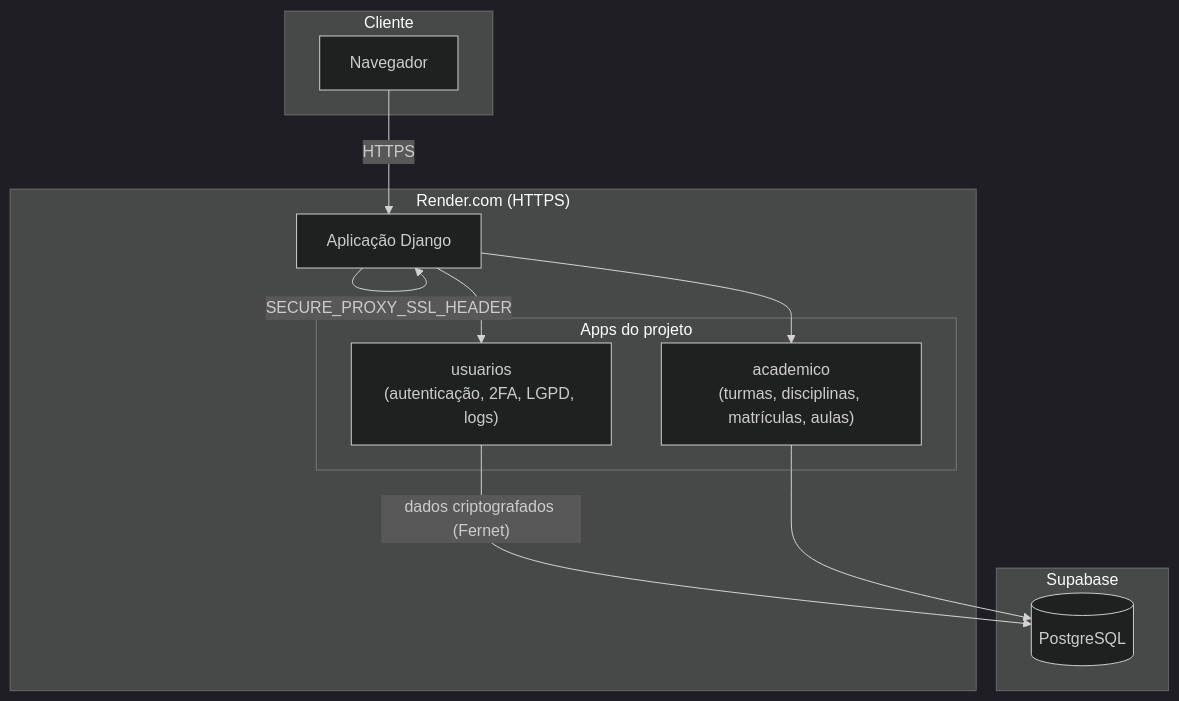
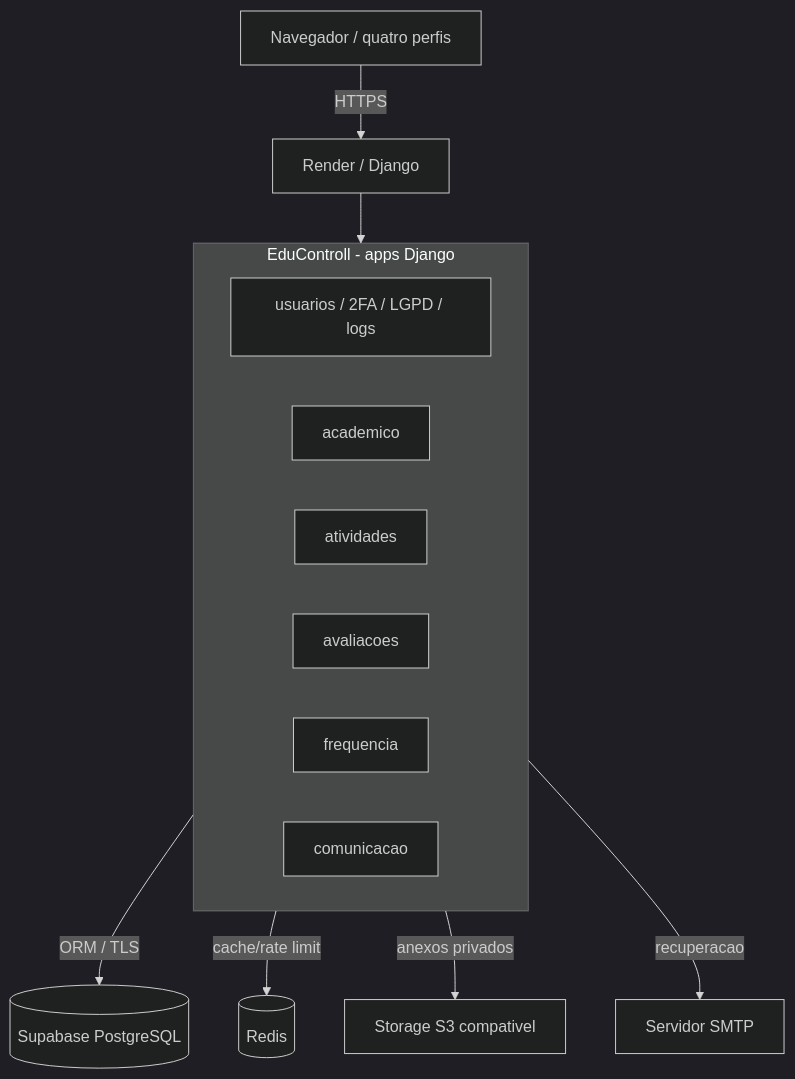
One commit to Grupo12-GustavoCayqueFelipe/Trabalho-Fabiano changed the diagram in Docs/Documentacoes_Tecnicas/Documentação Técnica — Autenticação e Gestão de Credenciais.md. Above: the diagram before and after it, drawn with Mermaid (dark theme). The commit also changed other lines of this file, not shown here.

Commit message:
docs: atualiza documentação técnica de segurança

````diff
--- a/Docs/Documentacoes_Tecnicas/Documentação Técnica — Autenticação e Gestão de Credenciais.md
+++ b/Docs/Documentacoes_Tecnicas/Documentação Técnica — Autenticação e Gestão de Credenciais.md
@@ -239,25 +239,17 @@
 ```mermaid
 flowchart TB
-    subgraph Cliente
-        Nav["Navegador"]
+    Navegador["Navegador / quatro perfis"] -->|HTTPS| Render["Render / Django"]
+    subgraph Aplicacao["EduControll - apps Django"]
+      U["usuarios / 2FA / LGPD / logs"]
+      A["academico"]
+      AT["atividades"]
+      AV["avaliacoes"]
+      F["frequencia"]
+      C["comunicacao"]
     end
-
-    subgraph Render["Render.com (HTTPS)"]
-        Django["Aplicação Django"]
-        subgraph Apps["Apps do projeto"]
-            Usuarios["usuarios<br/>(autenticação, 2FA, LGPD, logs)"]
-            Academico["academico<br/>(turmas, disciplinas, matrículas, aulas)"]
-        end
-    end
-
-    subgraph Supabase["Supabase"]
-        DB[("PostgreSQL")]
-    end
-
-    Nav -- HTTPS --> Django
-    Django -- SECURE_PROXY_SSL_HEADER --> Django
-    Django --> Usuarios
-    Django --> Academico
-    Usuarios -- dados criptografados (Fernet) --> DB
-    Academico --> DB
+    Render --> Aplicacao
+    Aplicacao -->|ORM / TLS| Banco[("Supabase PostgreSQL")]
+    Aplicacao -->|cache/rate limit| Redis[("Redis")]
+    Aplicacao -->|anexos privados| S3["Storage S3 compativel"]
+    Aplicacao -->|recuperacao| SMTP["Servidor SMTP"]
 ```
````
